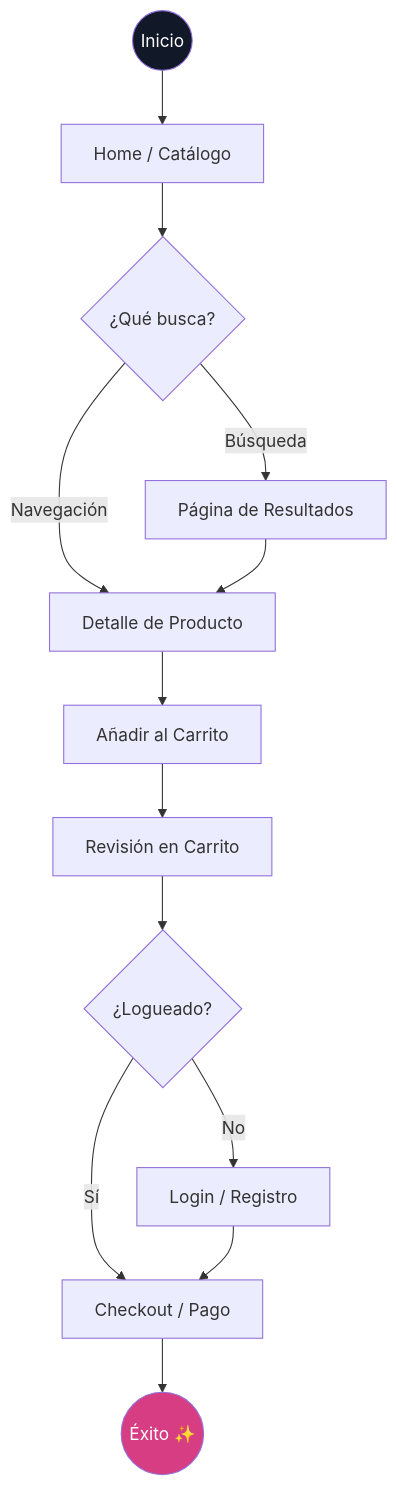
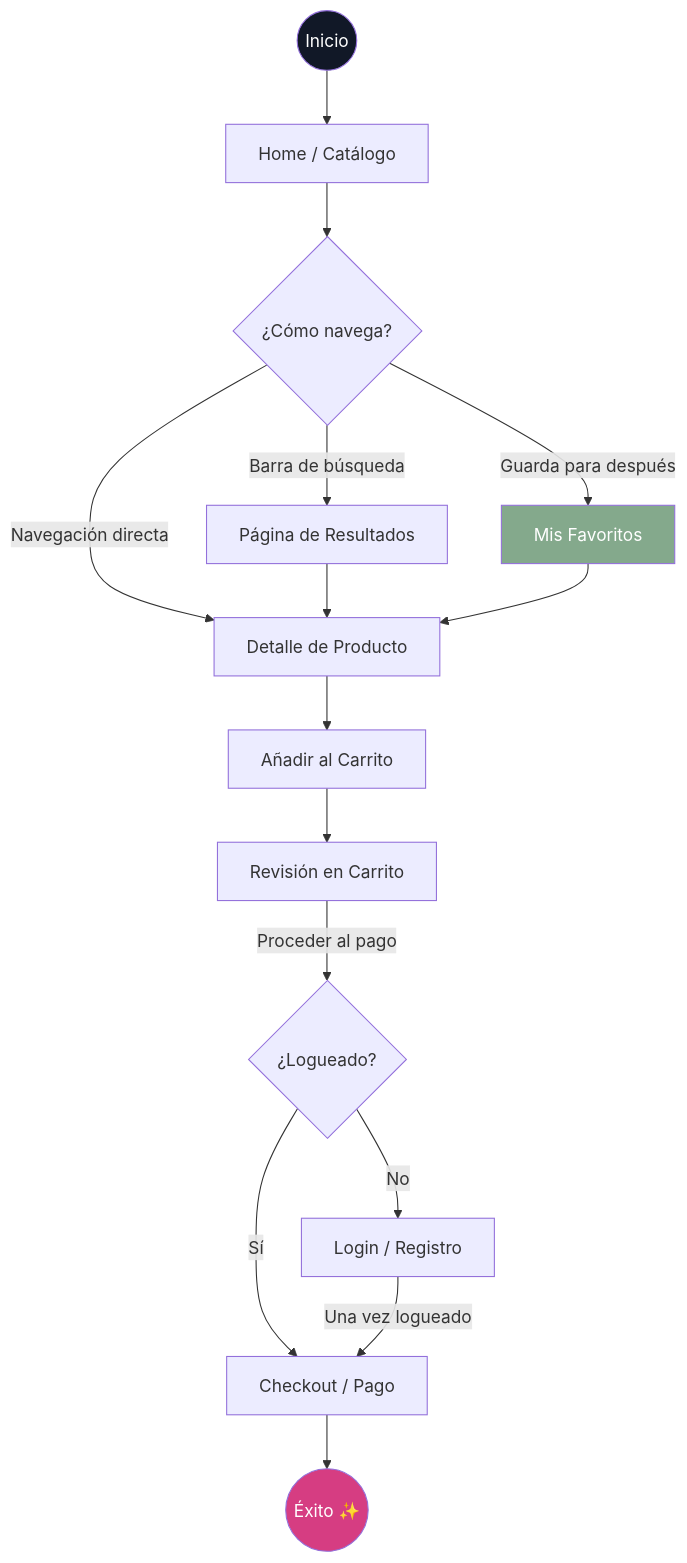
Before and after one commit to Rouchant/Reviste: the first of 2 diagrams in README.md, drawn with Mermaid. The commit also changed other lines of this file and 9 other files, not shown here.

Commit message:
- Se implementa MongoDB Atlas búsqueda, ahora trabajando búsqueda híbrida entre Atlas y Frntend. - Corrección de front-end al usar botones de scroll horizontal no se veían todas las prendas. - Se añade dependencia de Sooner para mostrar notificaciones de inicio de sesión y cierre de sesión.

````diff
--- a/README.md
+++ b/README.md
@@ -31,24 +36,29 @@
 ```mermaid
 graph TD
     Start((Inicio)) --> Home[Home / Catálogo]
-    Home --> Explore{¿Qué busca?}
     
-    Explore -->|Búsqueda| Search[Página de Resultados]
-    Explore -->|Navegación| Detail[Detalle de Producto]
+    Home --> Explore{¿Cómo navega?}
+    
+    Explore -->|Barra de búsqueda| Search[Página de Resultados]
+    Explore -->|Navegación directa| Detail[Detalle de Producto]
+    Explore -->|Guarda para después| Favorites[Mis Favoritos]
     
     Search --> Detail
+    Favorites --> Detail
     
     Detail --> AddCart[Añadir al Carrito]
+    
     AddCart --> ViewCart[Revisión en Carrito]
     
-    ViewCart --> AuthCheck{¿Logueado?}
+    ViewCart -->|Proceder al pago| AuthCheck{¿Logueado?}
     
     AuthCheck -->|No| Auth[Login / Registro]
     AuthCheck -->|Sí| Checkout[Checkout / Pago]
     
-    Auth --> Checkout
+    Auth -->|Una vez logueado| Checkout
     Checkout --> Success((Éxito ✨))
     
     style Success fill:#D63D82,color:#fff
     style Start fill:#111827,color:#fff
+    style Favorites fill:#84A98C,color:#fff
 ```
````
